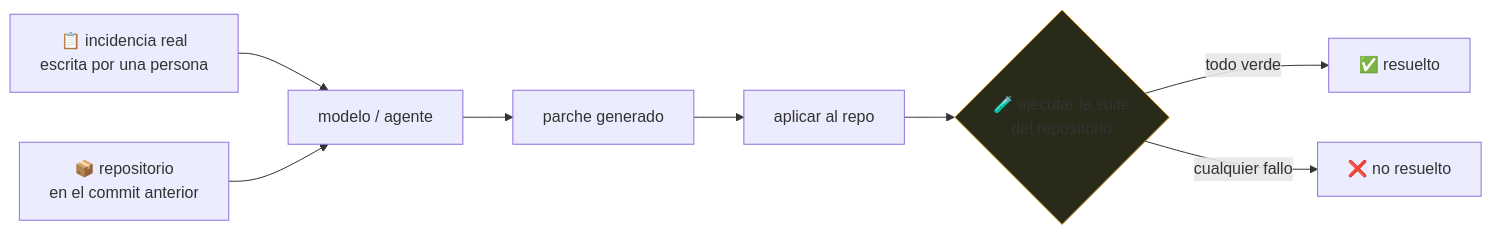
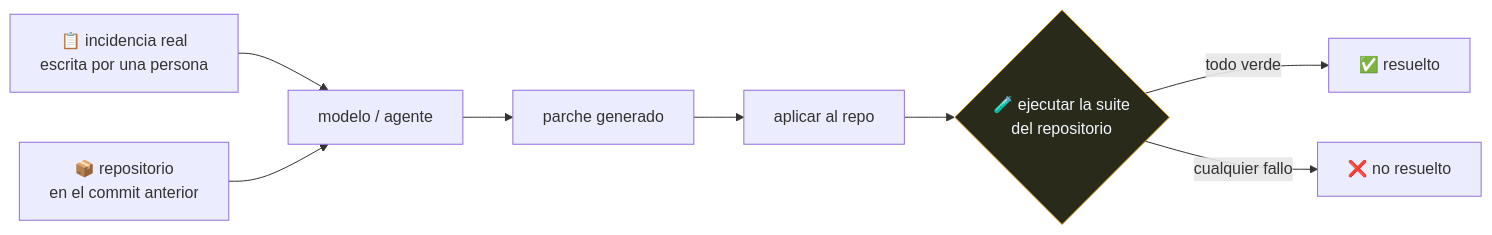
The diagram in papers/foundational/P51_swebench/README.md (vladimiracunadev-create/artificial-intelligence-evolution-program), drawn with Mermaid before and after one commit. The commit also changed 27 other files, not shown here.

First line of the commit message:
Compilaciones: Windows en tres formatos y APK versionado; contraste de diagramas

````diff
--- a/papers/foundational/P51_swebench/README.md
+++ b/papers/foundational/P51_swebench/README.md
@@ -83,11 +83,11 @@
 ```mermaid
 flowchart LR
     I["📋 incidencia real<br/>escrita por una persona"] --> M["modelo / agente"]
     R["📦 repositorio<br/>en el commit anterior"] --> M
     M --> P["parche generado"]
     P --> AP["aplicar al repo"]
     AP --> T{"🧪 ejecutar la suite<br/>del repositorio"}
     T -->|"todo verde"| OK["✅ resuelto"]
     T -->|"cualquier fallo"| NO["❌ no resuelto"]
-    style T fill:#2a2a1a,stroke:#d29922
+    style T fill:#2a2a1a,stroke:#d29922,color:#f0f6fc
 ```
````
